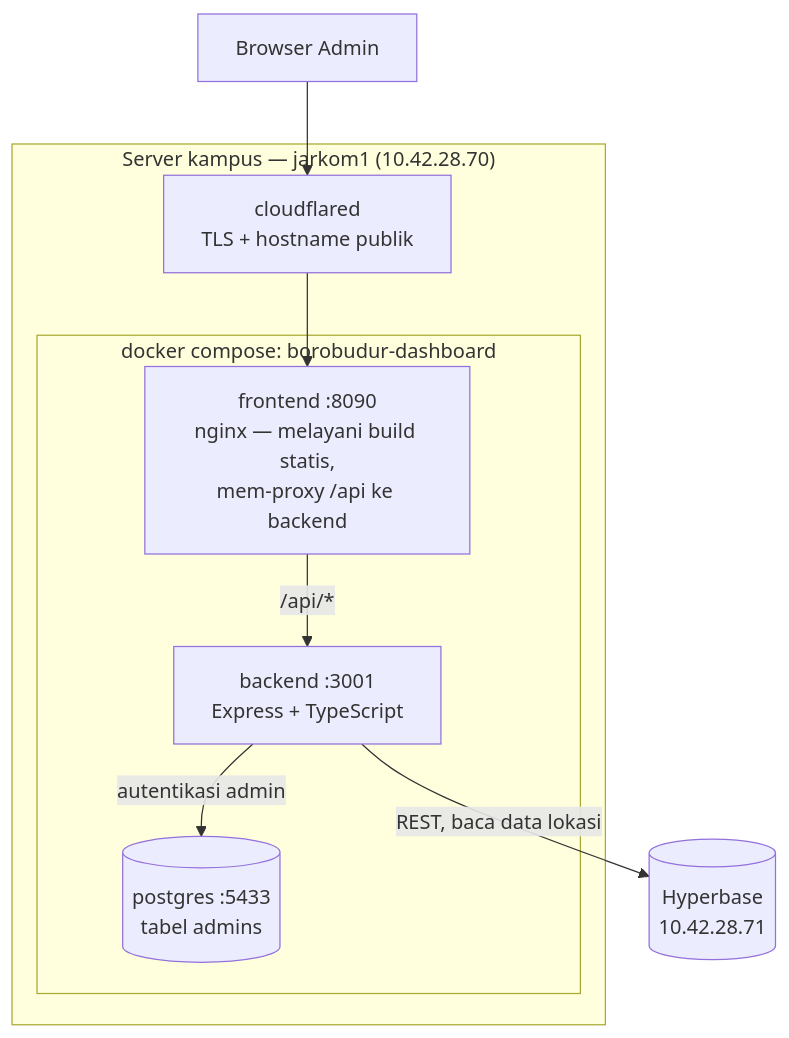
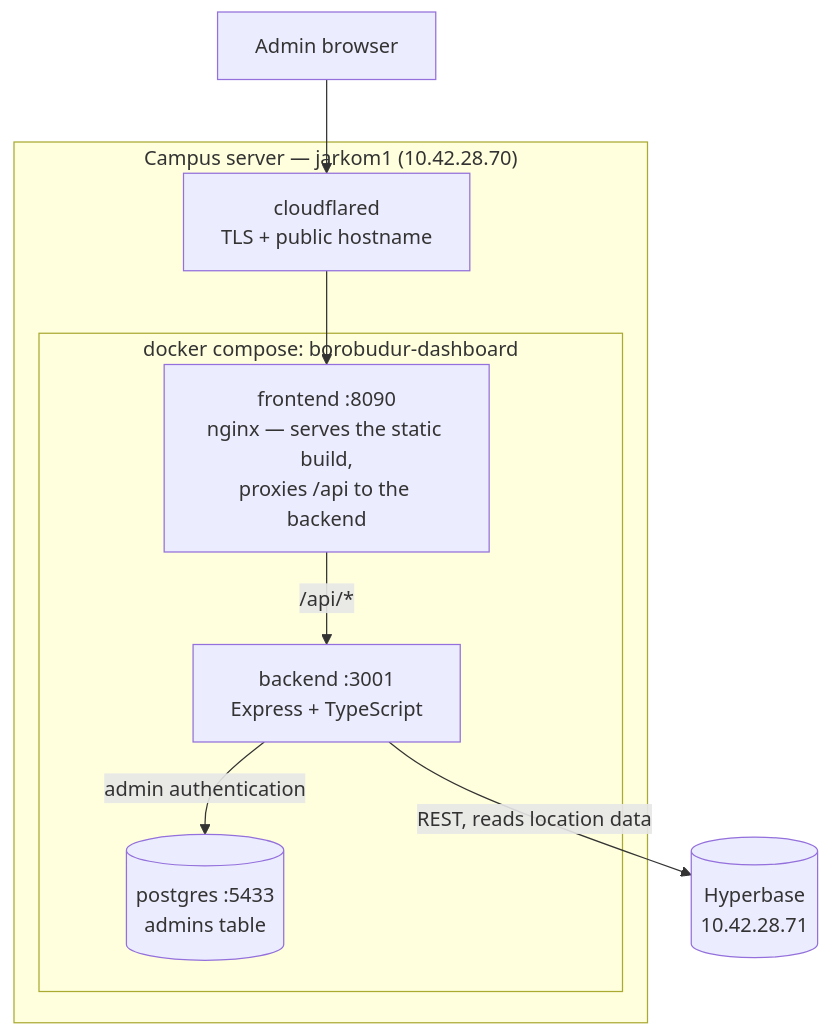
Before and after one commit to Hitchgernn/heatmap-dashboard: the second of 8 diagrams in docs/BLUEPRINT.md, drawn with Mermaid. The commit also changed other lines of this file and 11 other files, not shown here.

````diff
--- a/docs/BLUEPRINT.md
+++ b/docs/BLUEPRINT.md
@@ -279,21 +264,21 @@
 ```mermaid
 flowchart TB
-    Browser["Browser Admin"]
+    Browser["Admin browser"]
 
-    subgraph Server["Server kampus — jarkom1 (10.42.28.70)"]
-        Tunnel["cloudflared<br/>TLS + hostname publik"]
+    subgraph Server["Campus server — jarkom1 (10.42.28.70)"]
+        Tunnel["cloudflared<br/>TLS + public hostname"]
         subgraph Compose["docker compose: borobudur-dashboard"]
-            FE["frontend :8090<br/>nginx — melayani build statis,<br/>mem-proxy /api ke backend"]
+            FE["frontend :8090<br/>nginx — serves the static build,<br/>proxies /api to the backend"]
             BE["backend :3001<br/>Express + TypeScript"]
-            PG[("postgres :5433<br/>tabel admins")]
+            PG[("postgres :5433<br/>admins table")]
         end
     end
 
     HB[("Hyperbase<br/>10.42.28.71")]
 
     Browser --> Tunnel
     Tunnel --> FE
     FE -->|"/api/*"| BE
-    BE -->|"autentikasi admin"| PG
-    BE -->|"REST, baca data lokasi"| HB
+    BE -->|"admin authentication"| PG
+    BE -->|"REST, reads location data"| HB
 ```
````
